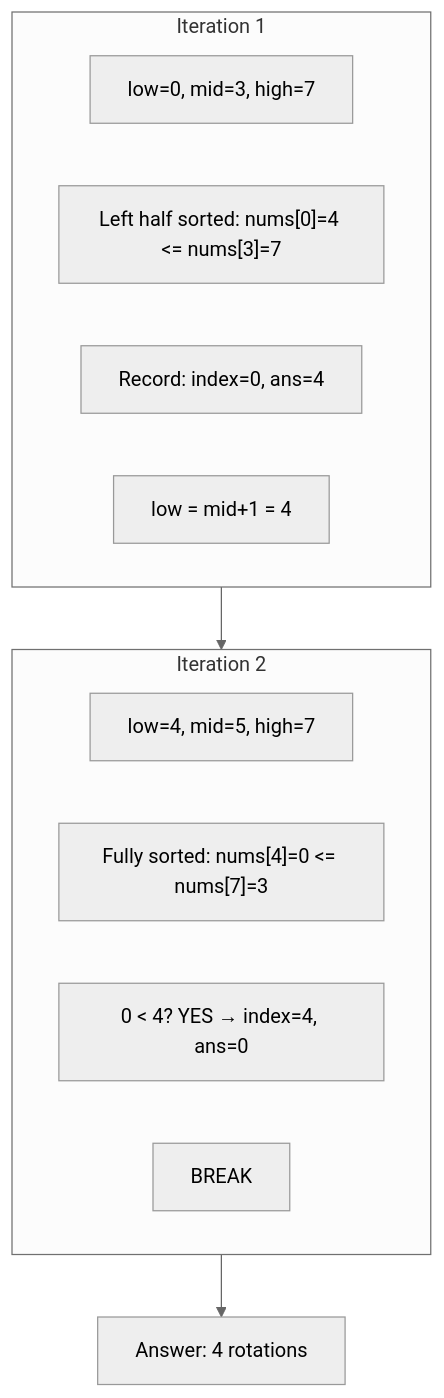
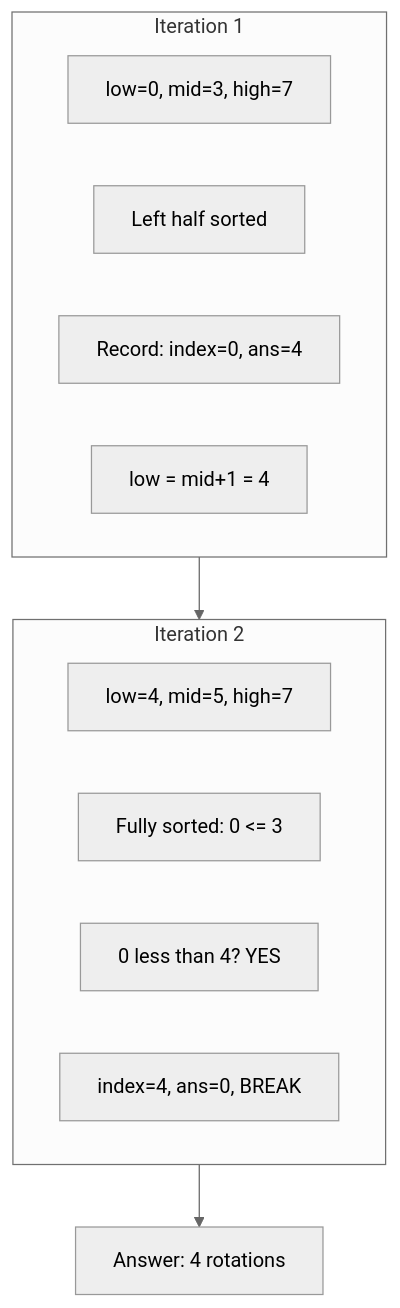
Before and after one commit to pentoshi007/tuf: diagram 11 of 19 in dsa/Advanced/04-Binary search/02-logic-building/02-logic-building.md, drawn with Mermaid (neutral theme). The commit also changed other lines of this file and 1 other file, not shown here.

First line of the commit message:
Fix Mermaid diagram syntax for GitHub compatibility

````diff
--- a/dsa/Advanced/04-Binary search/02-logic-building/02-logic-building.md
+++ b/dsa/Advanced/04-Binary search/02-logic-building/02-logic-building.md
@@ -480,18 +473,18 @@
 ```mermaid
 flowchart TB
     subgraph Iter1["Iteration 1"]
         A1["low=0, mid=3, high=7"]
-        A2["Left half sorted: nums[0]=4 <= nums[3]=7"]
+        A2["Left half sorted"]
         A3["Record: index=0, ans=4"]
         A4["low = mid+1 = 4"]
     end
     
     subgraph Iter2["Iteration 2"]
         B1["low=4, mid=5, high=7"]
-        B2["Fully sorted: nums[4]=0 <= nums[7]=3"]
-        B3["0 < 4? YES → index=4, ans=0"]
-        B4["BREAK"]
+        B2["Fully sorted: 0 <= 3"]
+        B3["0 less than 4? YES"]
+        B4["index=4, ans=0, BREAK"]
     end
     
     Iter1 --> Iter2 --> Result["Answer: 4 rotations"]
 ```
````
